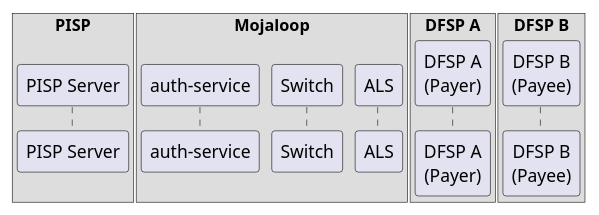
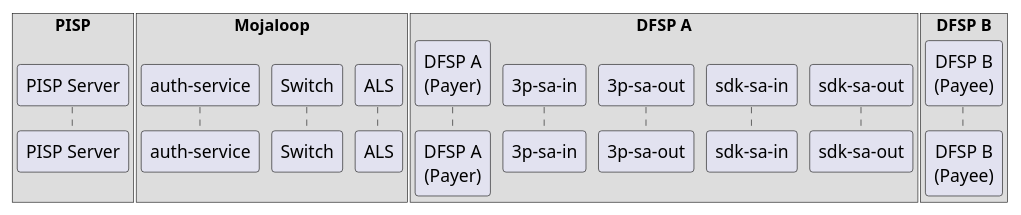
Before and after one commit to mojaloop/pisp-project: the diagram in docs/transfer/participants_api.iuml, drawn with PlantUML. The commit also changed 2 other files, not shown here.

Commit message:
feat(pisp-transfer): `thridparty` and `sdk`scheme adapter cooperation run for Payer DFSP

```diff
--- a/docs/transfer/participants_api.iuml
+++ b/docs/transfer/participants_api.iuml
@@ -1,14 +1,18 @@
 box "PISP"
 participant "PISP Server" as D1
 end box
 box "Mojaloop"
     participant "auth-service" as AUTHS
     participant Switch as S
     participant "ALS" as A
 end box
 box "DFSP A"
     participant "DFSP A\n(Payer)" as D2
+    participant "3p-sa-in" as D2_3psa_in
+    participant "3p-sa-out" as D2_3psa_out
+    participant "sdk-sa-in" as D2_sdksa_in
+    participant "sdk-sa-out" as D2_sdksa_out
 end box
 box "DFSP B"
     participant "DFSP B\n(Payee)" as D3
 end box
```
